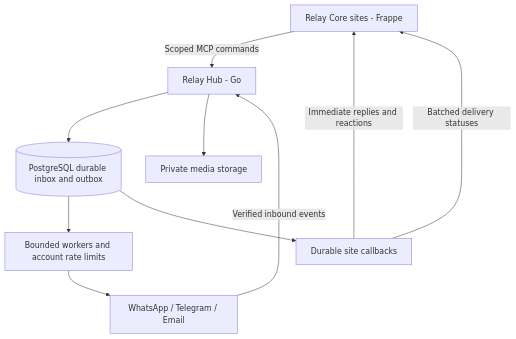
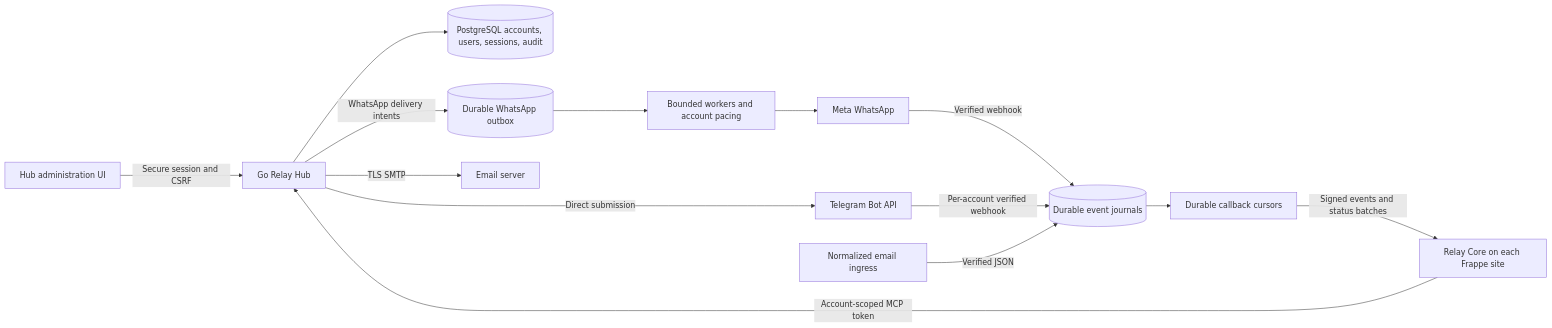
One commit to andrometiq/relay_hub changed the diagram in docs/architecture.md. Above: the diagram before and after it, drawn with Mermaid. The commit also changed other lines of this file and 250 other files, not shown here.

First line of the commit message:
feat(hub): Save the in-progress WhatsApp, callback and admin work

````diff
--- a/docs/architecture.md
+++ b/docs/architecture.md
@@ -3,12 +5,16 @@
 ```mermaid
-flowchart TD
-    Core[Relay Core sites - Frappe] -->|Scoped MCP commands| API[Relay Hub - Go]
-    API --> DB[(PostgreSQL durable inbox and outbox)]
-    DB --> Workers[Bounded workers and account rate limits]
-    Workers --> Channels[WhatsApp / Telegram / Email]
-    Channels -->|Verified inbound events| API
-    DB --> Callbacks[Durable site callbacks]
-    Callbacks -->|Immediate replies and reactions| Core
-    Callbacks -->|Batched delivery statuses| Core
-    API --> Media[Private media storage]
+flowchart LR
+    UI[Hub administration UI] -->|Secure session and CSRF| Hub[Go Relay Hub]
+    Core[Relay Core on each Frappe site] -->|Account-scoped MCP token| Hub
+    Hub --> Auth[(PostgreSQL accounts, users, sessions, audit)]
+    Hub -->|WhatsApp delivery intents| Queue[(Durable WhatsApp outbox)]
+    Queue --> Workers[Bounded workers and account pacing]
+    Workers --> WA[Meta WhatsApp]
+    Hub -->|Direct submission| TG[Telegram Bot API]
+    Hub -->|TLS SMTP| Mail[Email server]
+    WA -->|Verified webhook| Events[(Durable event journals)]
+    TG -->|Per-account verified webhook| Events
+    Ingress[Normalized email ingress] -->|Verified JSON| Events
+    Events --> Callbacks[Durable callback cursors]
+    Callbacks -->|Signed events and status batches| Core
 ```
````
